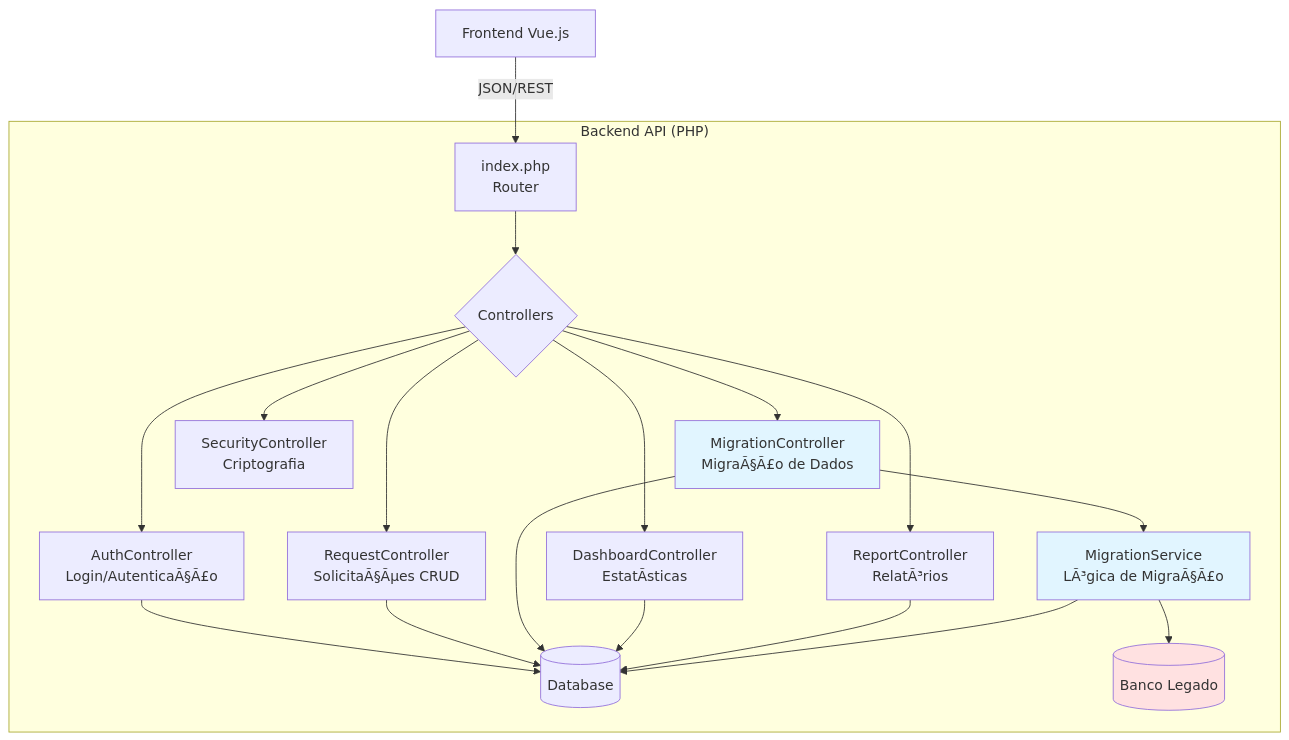
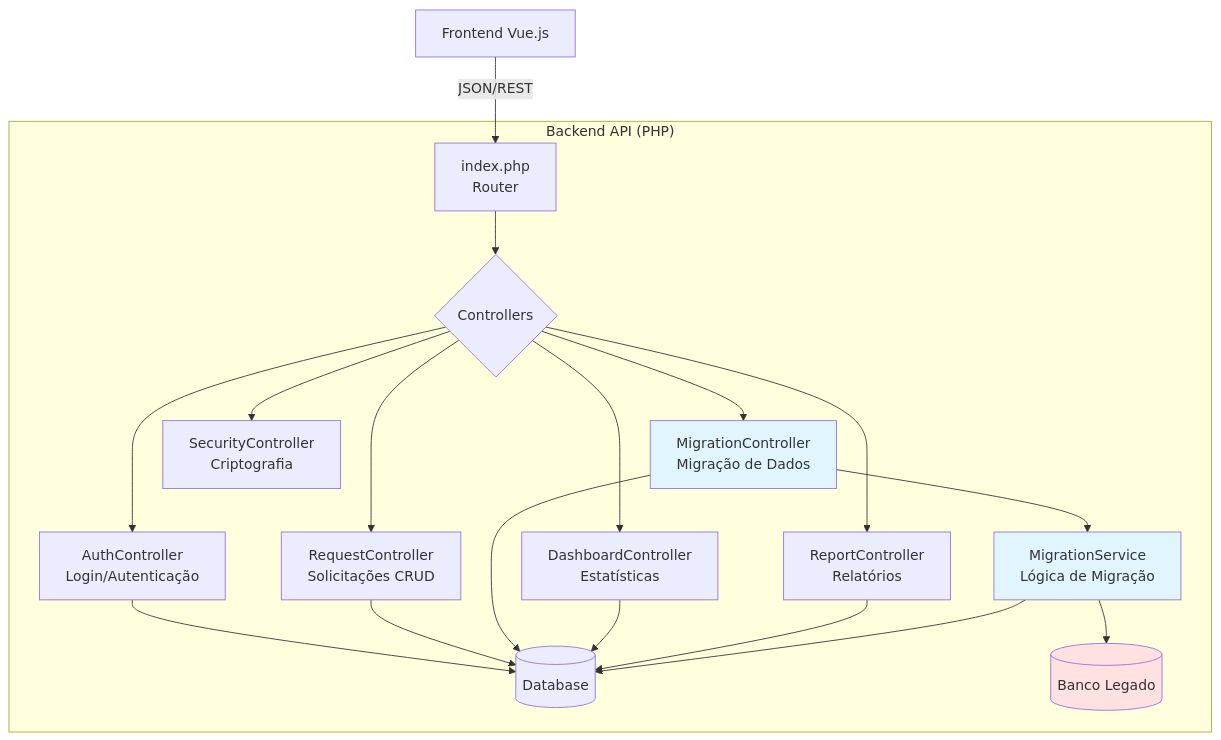
One commit to vhpontes/portal-inclusao-showcase changed the third of 5 diagrams in docs/architecture/overview.md. Above: the diagram before and after it, drawn with Mermaid. The commit also changed other lines of this file and 17 other files, not shown here.

````diff
--- a/docs/architecture/overview.md
+++ b/docs/architecture/overview.md
@@ -55,30 +55,30 @@
 ```mermaid
 graph TB
     subgraph "Backend API (PHP)"
         Router[index.php<br/>Router] --> Controllers{Controllers}
         
-        Controllers --> AuthCtrl[AuthController<br/>Login/AutenticaÃ§Ã£o]
-        Controllers --> ReqCtrl[RequestController<br/>SolicitaÃ§Ãµes CRUD]
-        Controllers --> MigCtrl[MigrationController<br/>MigraÃ§Ã£o de Dados]
-        Controllers --> DashCtrl[DashboardController<br/>EstatÃ­sticas]
-        Controllers --> RepCtrl[ReportController<br/>RelatÃ³rios]
+        Controllers --> AuthCtrl[AuthController<br/>Login/Autenticação]
+        Controllers --> ReqCtrl[RequestController<br/>Solicitações CRUD]
+        Controllers --> MigCtrl[MigrationController<br/>Migração de Dados]
+        Controllers --> DashCtrl[DashboardController<br/>Estatísticas]
+        Controllers --> RepCtrl[ReportController<br/>Relatórios]
         Controllers --> SecCtrl[SecurityController<br/>Criptografia]
         
-        MigCtrl --> MigSvc[MigrationService<br/>LÃ³gica de MigraÃ§Ã£o]
+        MigCtrl --> MigSvc[MigrationService<br/>Lógica de Migração]
         
         AuthCtrl --> DB[(Database)]
         ReqCtrl --> DB
         MigCtrl --> DB
         DashCtrl --> DB
         RepCtrl --> DB
         
         MigSvc --> LegacyDB[(Banco Legado)]
         MigSvc --> DB
     end
     
     SPA[Frontend Vue.js] -->|JSON/REST| Router
     
     style MigCtrl fill:#e1f5ff
     style MigSvc fill:#e1f5ff
     style LegacyDB fill:#ffe1e1
 ```
````
